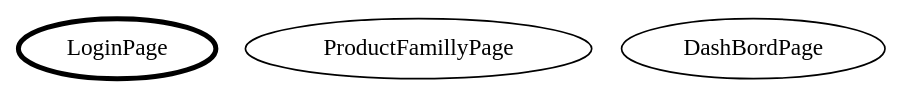
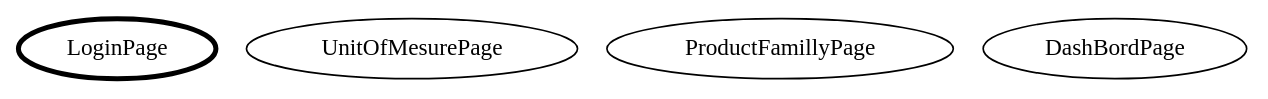
Before and after one commit to francis-pouatcha/tatou: the diagram in adorsys-gpao/adorsys-gpao.app/.errai/navgraph.gv, drawn with Graphviz. The commit also changed 64 other files, not shown here.

Commit message:
add unit of mesure page

```diff
--- a/adorsys-gpao/adorsys-gpao.app/.errai/navgraph.gv
+++ b/adorsys-gpao/adorsys-gpao.app/.errai/navgraph.gv
@@ -1,5 +1,6 @@
 digraph Navigation {
 "LoginPage" [penwidth=3]
+"UnitOfMesurePage"
 "ProductFamillyPage"
 "DashBordPage"
 }
```
